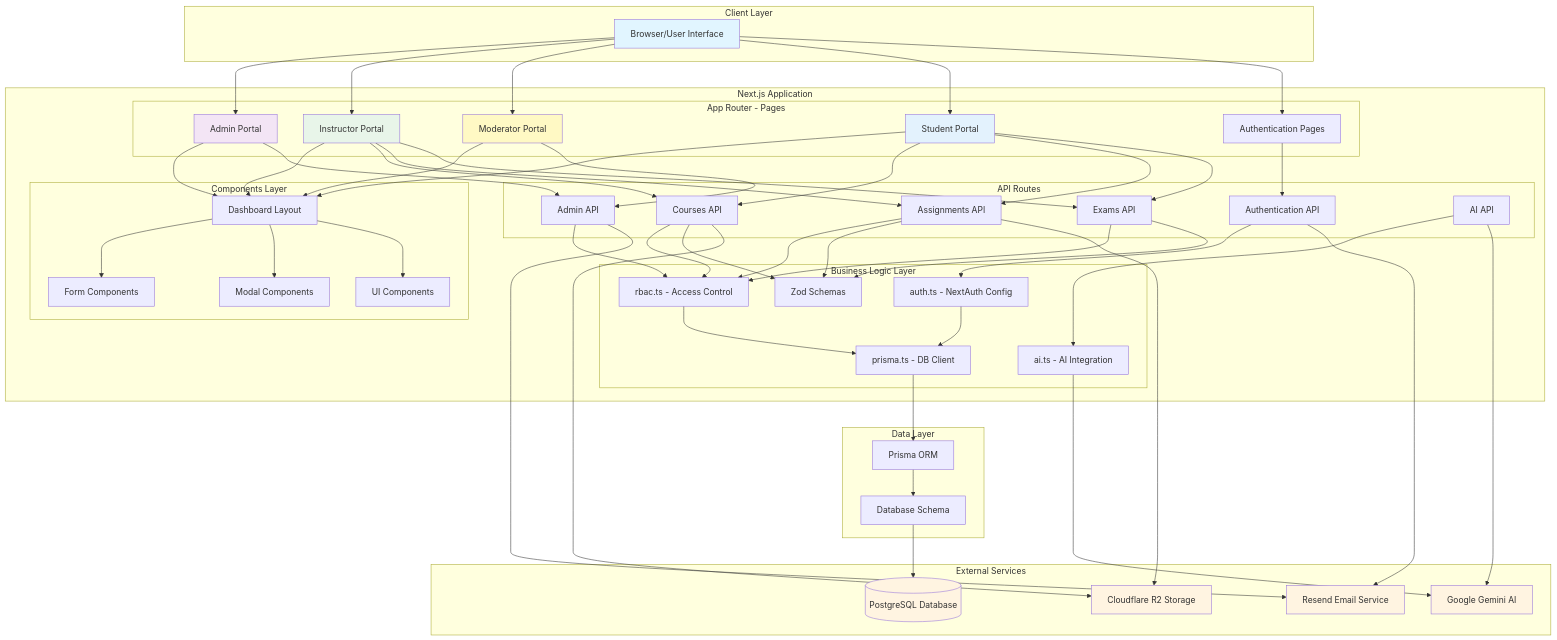
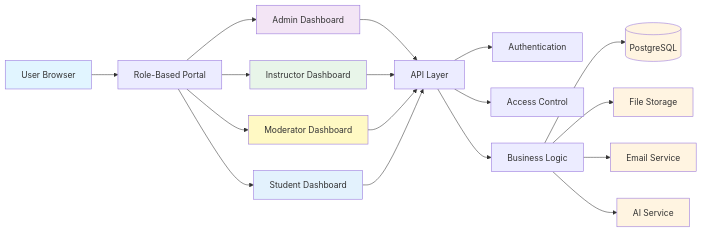
The diagram in README.md (Ismat-Samadov/educy), drawn with Mermaid before and after one commit.

Commit message:
Simplify Mermaid diagram to fix GitHub rendering
- Replace complex nested diagram with simplified high-level view
- Remove nested subgraphs that caused parsing errors
- Use simple node names without special characters
- Change from top-bottom to left-right layout for clarity
- Focus on key architectural components and flow

The diagram now renders correctly on GitHub.

````diff
--- a/README.md
+++ b/README.md
@@ -106,114 +106,32 @@
 ```mermaid
-graph TB
-    subgraph "Client Layer"
-        Browser["Browser/User Interface"]
-    end
+graph LR
+    User[User Browser] --> Portal[Role-Based Portal]
+    Portal --> Admin[Admin Dashboard]
+    Portal --> Instructor[Instructor Dashboard]
+    Portal --> Moderator[Moderator Dashboard]
+    Portal --> Student[Student Dashboard]
 
-    subgraph "Next.js Application"
-        subgraph "App Router - Pages"
-            AdminUI["Admin Portal"]
-            InstructorUI["Instructor Portal"]
-            ModeratorUI["Moderator Portal"]
-            StudentUI["Student Portal"]
-            AuthUI["Authentication Pages"]
-        end
+    Admin --> API[API Layer]
+    Instructor --> API
+    Moderator --> API
+    Student --> API
 
-        subgraph "Components Layer"
-            Layout["Dashboard Layout"]
-            Forms["Form Components"]
-            Modals["Modal Components"]
-            UI["UI Components"]
-        end
+    API --> Auth[Authentication]
+    API --> RBAC[Access Control]
+    API --> Business[Business Logic]
 
-        subgraph "API Routes"
-            AuthAPI["Authentication API"]
-            CoursesAPI["Courses API"]
-            AssignmentsAPI["Assignments API"]
-            ExamsAPI["Exams API"]
-            AdminAPI["Admin API"]
-            AIAPI["AI API"]
-        end
+    Business --> DB[(PostgreSQL)]
+    Business --> R2[File Storage]
+    Business --> Email[Email Service]
+    Business --> AIService[AI Service]
 
-        subgraph "Business Logic Layer"
-            AuthLib["auth.ts - NextAuth Config"]
-            RBAC["rbac.ts - Access Control"]
-            PrismaClient["prisma.ts - DB Client"]
-            AILib["ai.ts - AI Integration"]
-            Validation["Zod Schemas"]
-        end
-    end
-
-    subgraph "External Services"
-        DB[("PostgreSQL Database")]
-        R2["Cloudflare R2 Storage"]
-        Email["Resend Email Service"]
-        AI["Google Gemini AI"]
-    end
-
-    subgraph "Data Layer"
-        Prisma["Prisma ORM"]
-        Schema["Database Schema"]
-    end
-
-    Browser --> AdminUI
-    Browser --> InstructorUI
-    Browser --> ModeratorUI
-    Browser --> StudentUI
-    Browser --> AuthUI
-
-    AdminUI --> Layout
-    InstructorUI --> Layout
-    ModeratorUI --> Layout
-    StudentUI --> Layout
-
-    AdminUI --> AdminAPI
-    InstructorUI --> CoursesAPI
-    InstructorUI --> AssignmentsAPI
-    InstructorUI --> ExamsAPI
-    ModeratorUI --> AdminAPI
-    StudentUI --> CoursesAPI
-    StudentUI --> AssignmentsAPI
-    StudentUI --> ExamsAPI
-    AuthUI --> AuthAPI
-
-    Layout --> Forms
-    Layout --> Modals
-    Layout --> UI
-
-    AuthAPI --> AuthLib
-    CoursesAPI --> RBAC
-    AssignmentsAPI --> RBAC
-    ExamsAPI --> RBAC
-    AdminAPI --> RBAC
-    AIAPI --> AILib
-
-    AuthLib --> PrismaClient
-    RBAC --> PrismaClient
-    AILib --> AI
-
-    CoursesAPI --> Validation
-    AssignmentsAPI --> Validation
-    ExamsAPI --> Validation
-
-    PrismaClient --> Prisma
-    Prisma --> Schema
-    Schema --> DB
-
-    AssignmentsAPI --> R2
-    CoursesAPI --> R2
-
-    AuthAPI --> Email
-    AdminAPI --> Email
-
-    AIAPI --> AI
-
-    style Browser fill:#e1f5ff
+    style User fill:#e1f5ff
     style DB fill:#fff4e1
     style R2 fill:#fff4e1
     style Email fill:#fff4e1
-    style AI fill:#fff4e1
-    style AdminUI fill:#f3e5f5
-    style InstructorUI fill:#e8f5e9
-    style ModeratorUI fill:#fff9c4
-    style StudentUI fill:#e3f2fd
+    style AIService fill:#fff4e1
+    style Admin fill:#f3e5f5
+    style Instructor fill:#e8f5e9
+    style Moderator fill:#fff9c4
+    style Student fill:#e3f2fd
 ```
````
